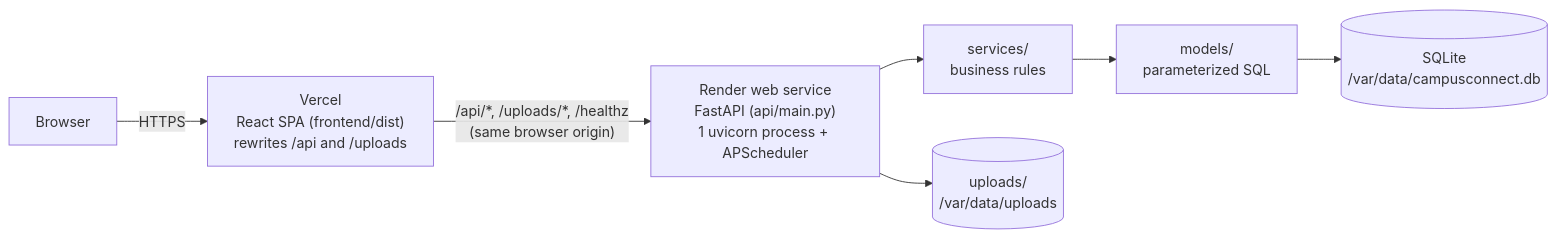
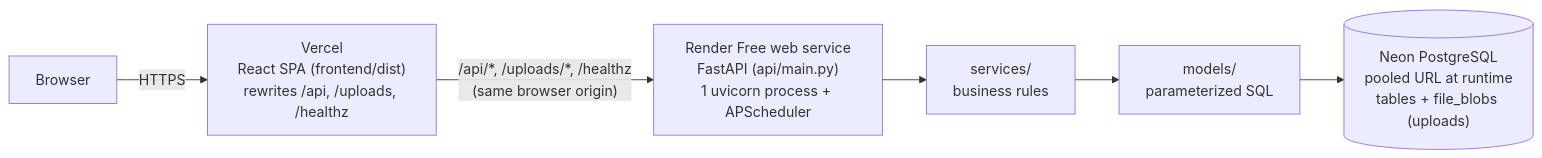
One commit to mkkarthik0609-ui/CampusConnect changed the diagram in README.md. Above: the diagram before and after it, drawn with Mermaid. The commit also changed other lines of this file and 55 other files, not shown here.

First line of the commit message:
Harden, test and document the Neon/Render-Free stack

````diff
--- a/README.md
+++ b/README.md
@@ -23,9 +25,8 @@
 ```mermaid
 flowchart LR
-    B["Browser"] -->|HTTPS| V["Vercel<br/>React SPA (frontend/dist)<br/>rewrites /api and /uploads"]
-    V -->|"/api/*, /uploads/*, /healthz<br/>(same browser origin)"| R["Render web service<br/>FastAPI (api/main.py)<br/>1 uvicorn process + APScheduler"]
+    B["Browser"] -->|HTTPS| V["Vercel<br/>React SPA (frontend/dist)<br/>rewrites /api, /uploads, /healthz"]
+    V -->|"/api/*, /uploads/*, /healthz<br/>(same browser origin)"| R["Render Free web service<br/>FastAPI (api/main.py)<br/>1 uvicorn process + APScheduler"]
     R --> S["services/<br/>business rules"]
     S --> Q["models/<br/>parameterized SQL"]
-    Q --> D[("SQLite<br/>/var/data/campusconnect.db")]
-    R --> U[("uploads/<br/>/var/data/uploads")]
+    Q --> D[("Neon PostgreSQL<br/>pooled URL at runtime<br/>tables + file_blobs (uploads)")]
 ```
````
